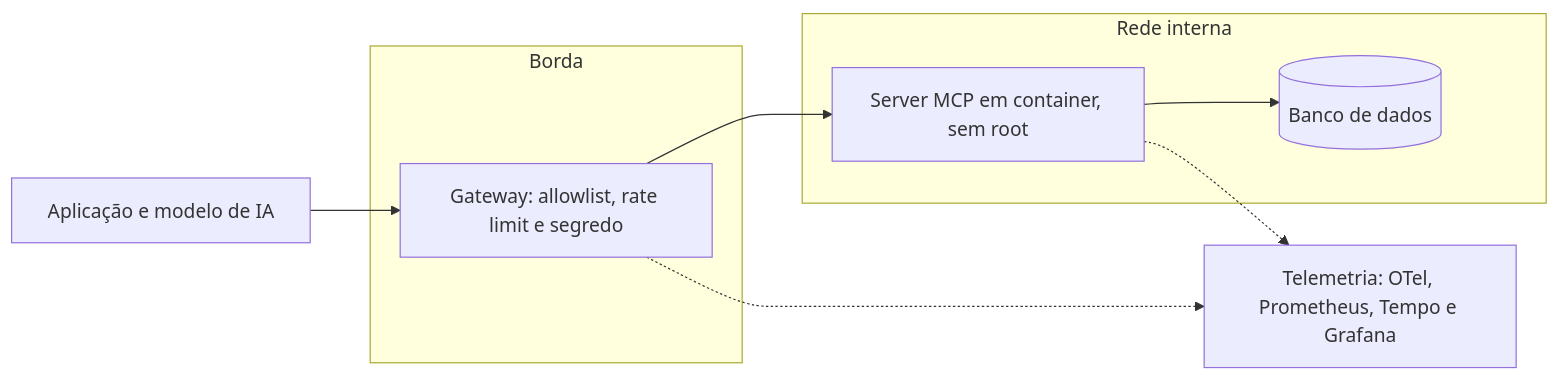
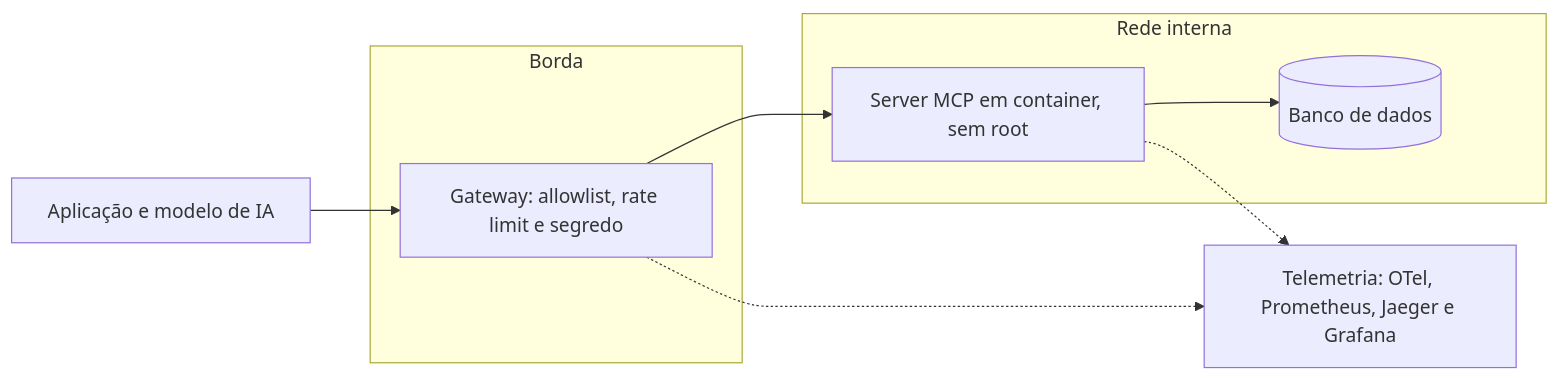
Diagram 13 of 18 in docs/guia-para-leigos.md (aeciopires/learning-ia-protocolos-comunicacao), drawn with Mermaid before and after one commit. The commit also changed other lines of this file and 2 other files, not shown here.

````diff
--- a/docs/guia-para-leigos.md
+++ b/docs/guia-para-leigos.md
@@ -397,15 +397,15 @@
 ```mermaid
 flowchart LR
     C["Aplicação e modelo de IA"] --> G
     subgraph borda["Borda"]
         G["Gateway: allowlist, rate limit e segredo"]
     end
     subgraph isolado["Rede interna"]
         S["Server MCP em container, sem root"]
         D[("Banco de dados")]
     end
     G --> S
     S --> D
-    S -.-> O["Telemetria: OTel, Prometheus, Tempo e Grafana"]
+    S -.-> O["Telemetria: OTel, Prometheus, Jaeger e Grafana"]
     G -.-> O
 ```
````
